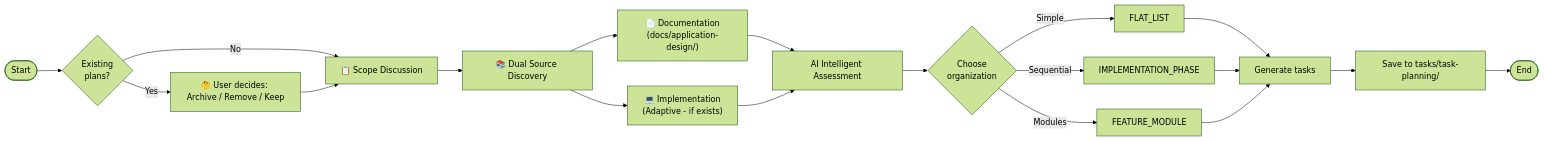
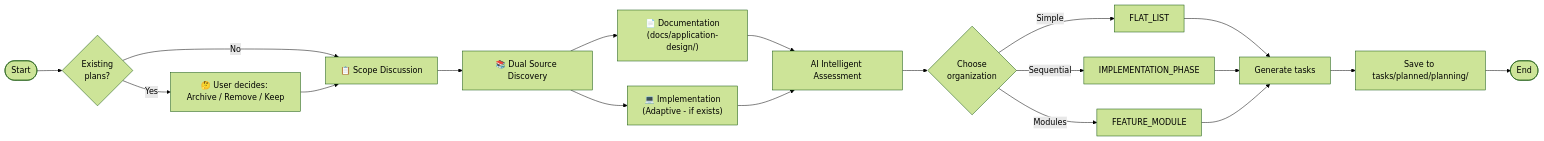
Before and after one commit to abcxyzx0099/datachat: the diagram in .claude/skills/task-planning/SKILL.md, drawn with Mermaid (forest theme). The commit also changed other lines of this file and 10 other files, not shown here.

````diff
--- a/.claude/skills/task-planning/SKILL.md
+++ b/.claude/skills/task-planning/SKILL.md
@@ -24,28 +24,28 @@
 ```mermaid
 flowchart LR
     Start([Start]) --> Check{Existing<br/>plans?}
     Check -->|No| Scope["📋 Scope Discussion"]
     Check -->|Yes| Confirm["🤔 User decides: Archive / Remove / Keep"]
     Confirm --> Scope
 
     Scope --> Sources["📚 Dual Source Discovery"]
 
     Sources --> Docs["📄 Documentation<br/>(docs/application-design/)"]
     Sources --> Impl["💻 Implementation<br/>(Adaptive - if exists)"]
 
     Docs --> Assess[AI Intelligent Assessment]
     Impl --> Assess
 
     Assess --> Decide{Choose<br/>organization}
 
     Decide -->|Simple| Flat[FLAT_LIST]
     Decide -->|Sequential| Phase[IMPLEMENTATION_PHASE]
     Decide -->|Modules| Module[FEATURE_MODULE]
 
     Flat --> Generate[Generate tasks]
     Phase --> Generate
     Module --> Generate
 
-    Generate --> Save[Save to tasks/task-planning/]
+    Generate --> Save[Save to tasks/planned/planning/]
     Save --> End([End])
 ```
````
